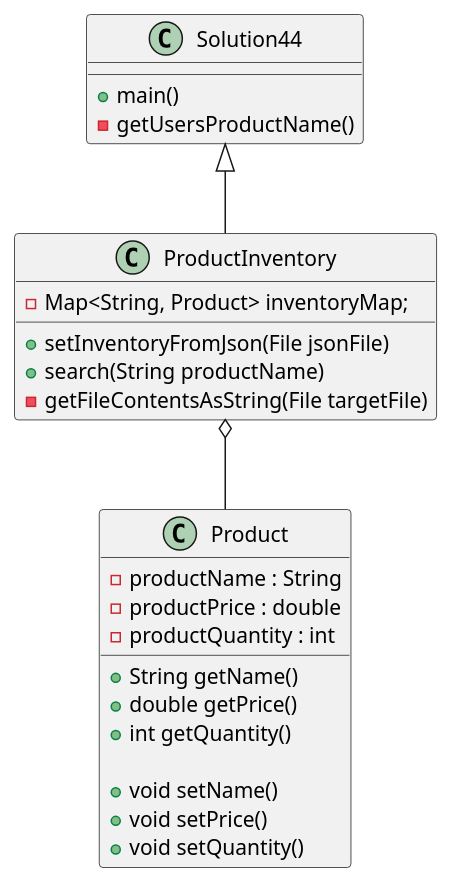
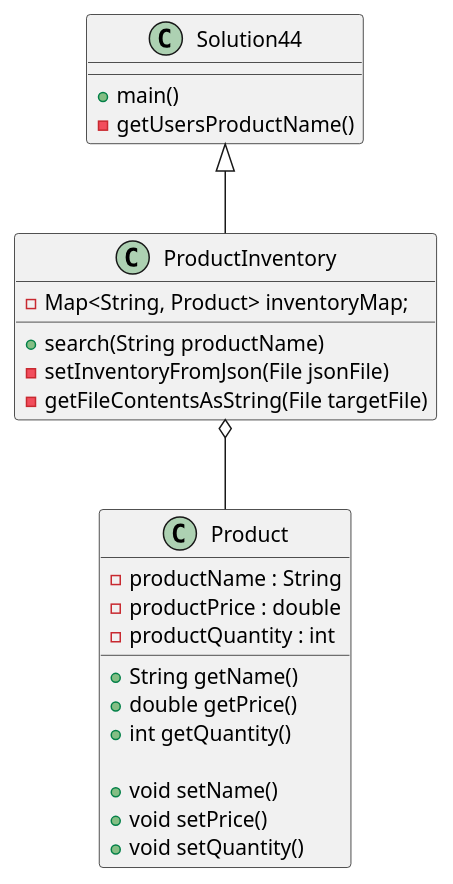
Before and after one commit to tom-pluto/Wallsmith-a04: the diagram in exercise44/docs/ProductClassDiagram.puml, drawn with PlantUML.

Commit message:
Minor change to the PlantUML diagram in exercise44

```diff
--- a/exercise44/docs/ProductClassDiagram.puml
+++ b/exercise44/docs/ProductClassDiagram.puml
@@ -1,40 +1,40 @@
 @startuml
 'https://plantuml.com/class-diagram
 
 class Solution44 {
 
     + main()
     - getUsersProductName()
 
 }
 
 class ProductInventory {
 
     - Map<String, Product> inventoryMap;
 
-    + setInventoryFromJson(File jsonFile)
     + search(String productName)
+    - setInventoryFromJson(File jsonFile)
     - getFileContentsAsString(File targetFile)
 
 }
 
 class Product {
 
     - productName : String
     - productPrice : double
     - productQuantity : int
 
     + String getName()
     + double getPrice()
     + int getQuantity()
 
     + void setName()
     + void setPrice()
     + void setQuantity()
 
 }
 
 ProductInventory o-- Product
 Solution44 <|-- ProductInventory
 
 @enduml
```
